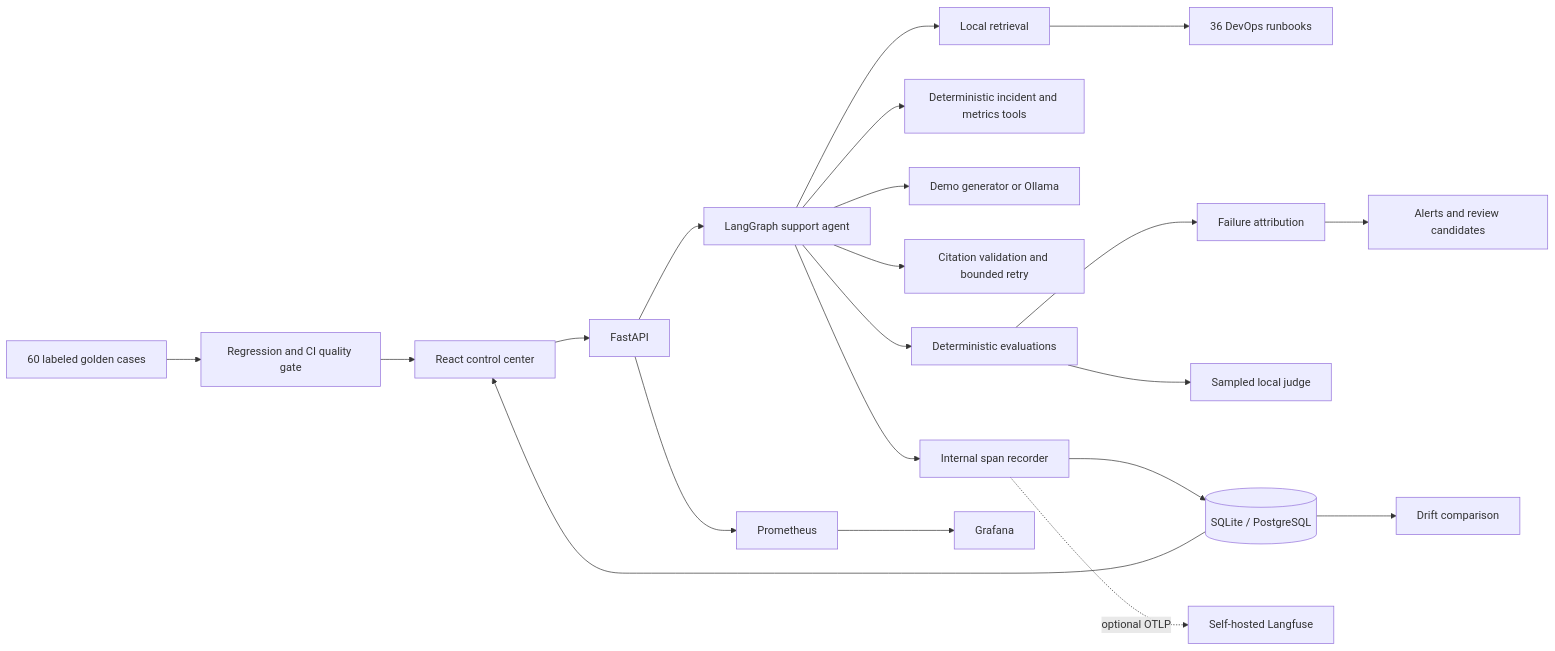
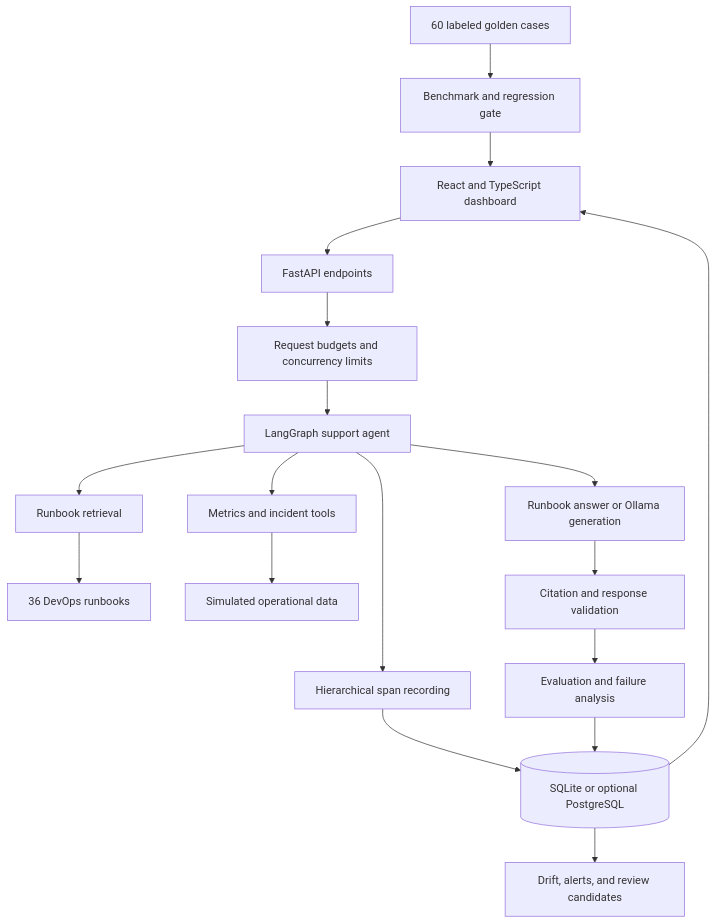
Before and after one commit to kethanarao/AgentWatch: the diagram in README.md, drawn with Mermaid. The commit also changed other lines of this file, not shown here.

````diff
--- a/README.md
+++ b/README.md
@@ -62,23 +61,20 @@
 ```mermaid
-flowchart LR
-    UI[React control center] --> API[FastAPI]
-    API --> G[LangGraph support agent]
-    G --> R[Local retrieval]
-    R --> D[36 DevOps runbooks]
-    G --> T[Deterministic incident and metrics tools]
-    G --> M[Demo generator or Ollama]
-    G --> V[Citation validation and bounded retry]
-    G --> S[Internal span recorder]
-    S --> DB[(SQLite / PostgreSQL)]
-    G --> E[Deterministic evaluations]
-    E --> J[Sampled local judge]
-    E --> F[Failure attribution]
-    F --> A[Alerts and review candidates]
-    DB --> DR[Drift comparison]
+flowchart TD
+    UI[React and TypeScript dashboard] --> API[FastAPI endpoints]
+    API --> LIMITS[Request budgets and concurrency limits]
+    LIMITS --> GRAPH[LangGraph support agent]
+    GRAPH --> RAG[Runbook retrieval]
+    RAG --> KB[36 DevOps runbooks]
+    GRAPH --> TOOLS[Metrics and incident tools]
+    TOOLS --> FIXTURES[Simulated operational data]
+    GRAPH --> GEN[Runbook answer or Ollama generation]
+    GEN --> VALIDATE[Citation and response validation]
+    GRAPH --> TRACE[Hierarchical span recording]
+    VALIDATE --> EVAL[Evaluation and failure analysis]
+    TRACE --> DB[(SQLite or optional PostgreSQL)]
+    EVAL --> DB
     DB --> UI
-    S -. optional OTLP .-> LF[Self-hosted Langfuse]
-    API --> P[Prometheus]
-    P --> GF[Grafana]
-    GD[60 labeled golden cases] --> CI[Regression and CI quality gate]
-    CI --> UI
+    DB --> MONITOR[Drift, alerts, and review candidates]
+    GOLDEN[60 labeled golden cases] --> GATE[Benchmark and regression gate]
+    GATE --> UI
 ```
````
